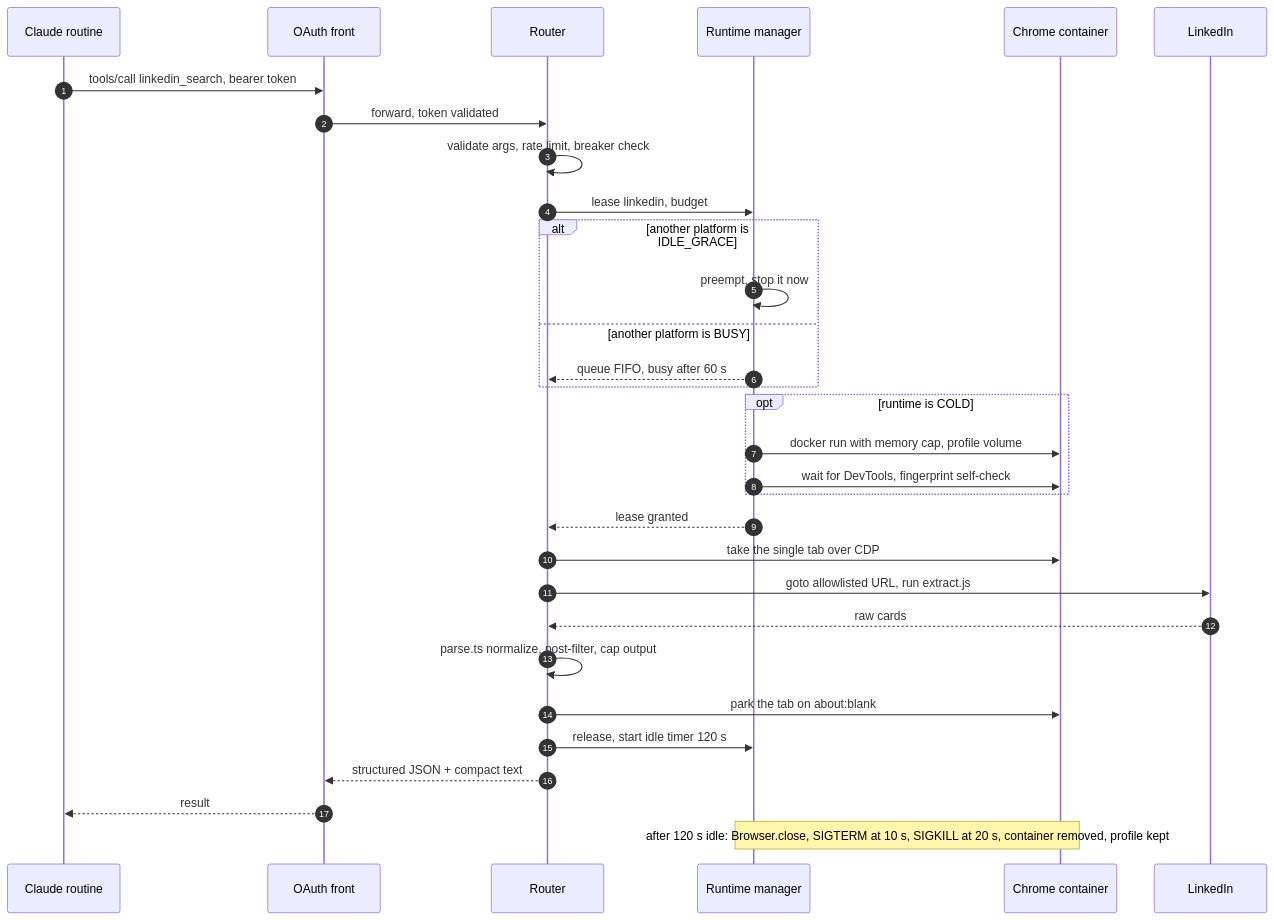
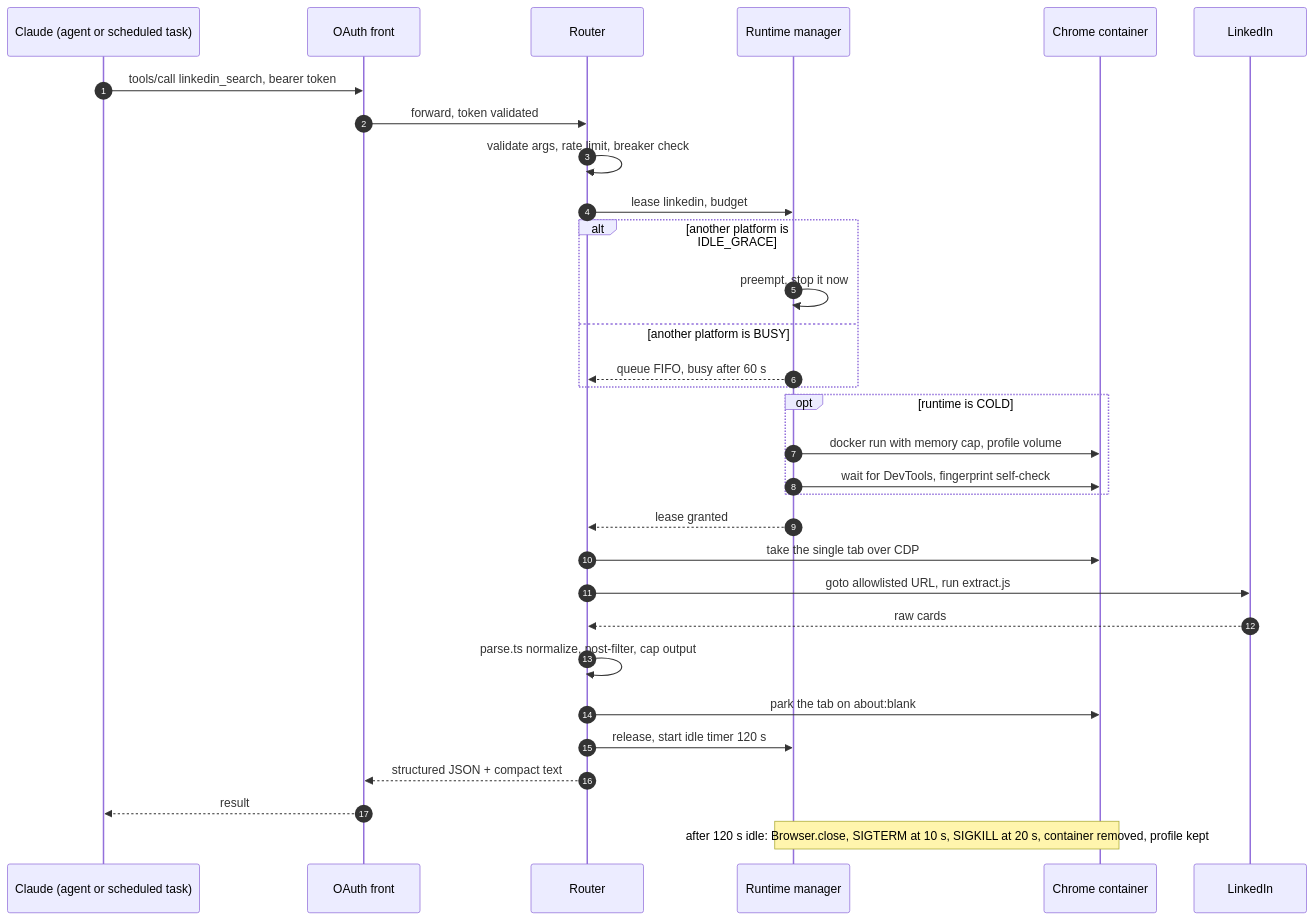
One commit to notcheu/jobwatch-mcp changed the third of 7 diagrams in docs/plans/16-architecture-diagrams.md. Above: the diagram before and after it, drawn with Mermaid. The commit also changed other lines of this file and 36 other files, not shown here.

````diff
--- a/docs/plans/16-architecture-diagrams.md
+++ b/docs/plans/16-architecture-diagrams.md
@@ -133,34 +131,34 @@
 ```mermaid
 sequenceDiagram
   autonumber
-  participant C as Claude routine
+  participant C as Claude (agent or scheduled task)
   participant F as OAuth front
   participant R as Router
   participant M as Runtime manager
   participant B as Chrome container
   participant L as LinkedIn
 
   C->>F: tools/call linkedin_search, bearer token
   F->>R: forward, token validated
   R->>R: validate args, rate limit, breaker check
   R->>M: lease linkedin, budget
   alt another platform is IDLE_GRACE
     M->>M: preempt, stop it now
   else another platform is BUSY
     M-->>R: queue FIFO, busy after 60 s
   end
   opt runtime is COLD
     M->>B: docker run with memory cap, profile volume
     M->>B: wait for DevTools, fingerprint self-check
   end
   M-->>R: lease granted
   R->>B: take the single tab over CDP
   R->>L: goto allowlisted URL, run extract.js
   L-->>R: raw cards
   R->>R: parse.ts normalize, post-filter, cap output
   R->>B: park the tab on about:blank
   R->>M: release, start idle timer 120 s
   R-->>F: structured JSON + compact text
   F-->>C: result
   Note over M,B: after 120 s idle: Browser.close, SIGTERM at 10 s, SIGKILL at 20 s, container removed, profile kept
 ```
````
